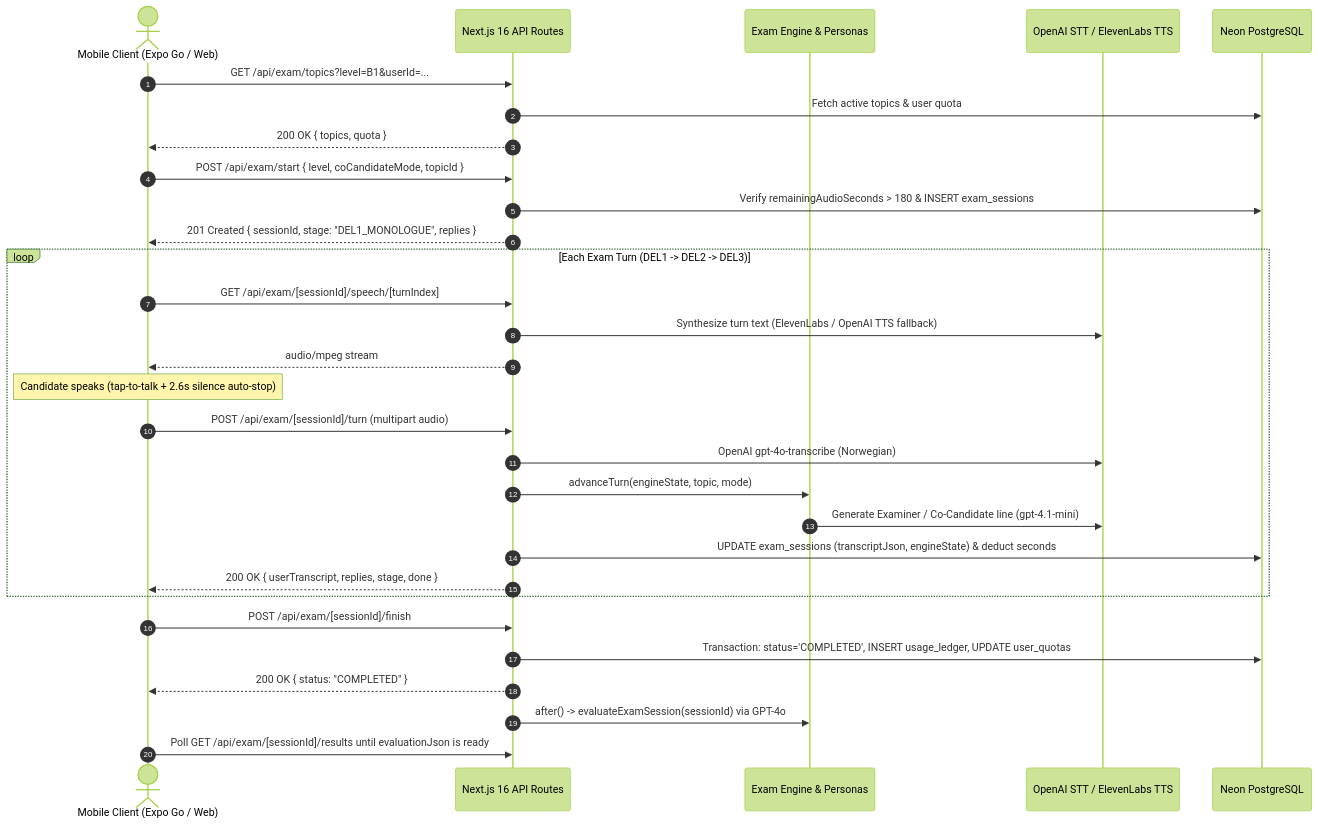
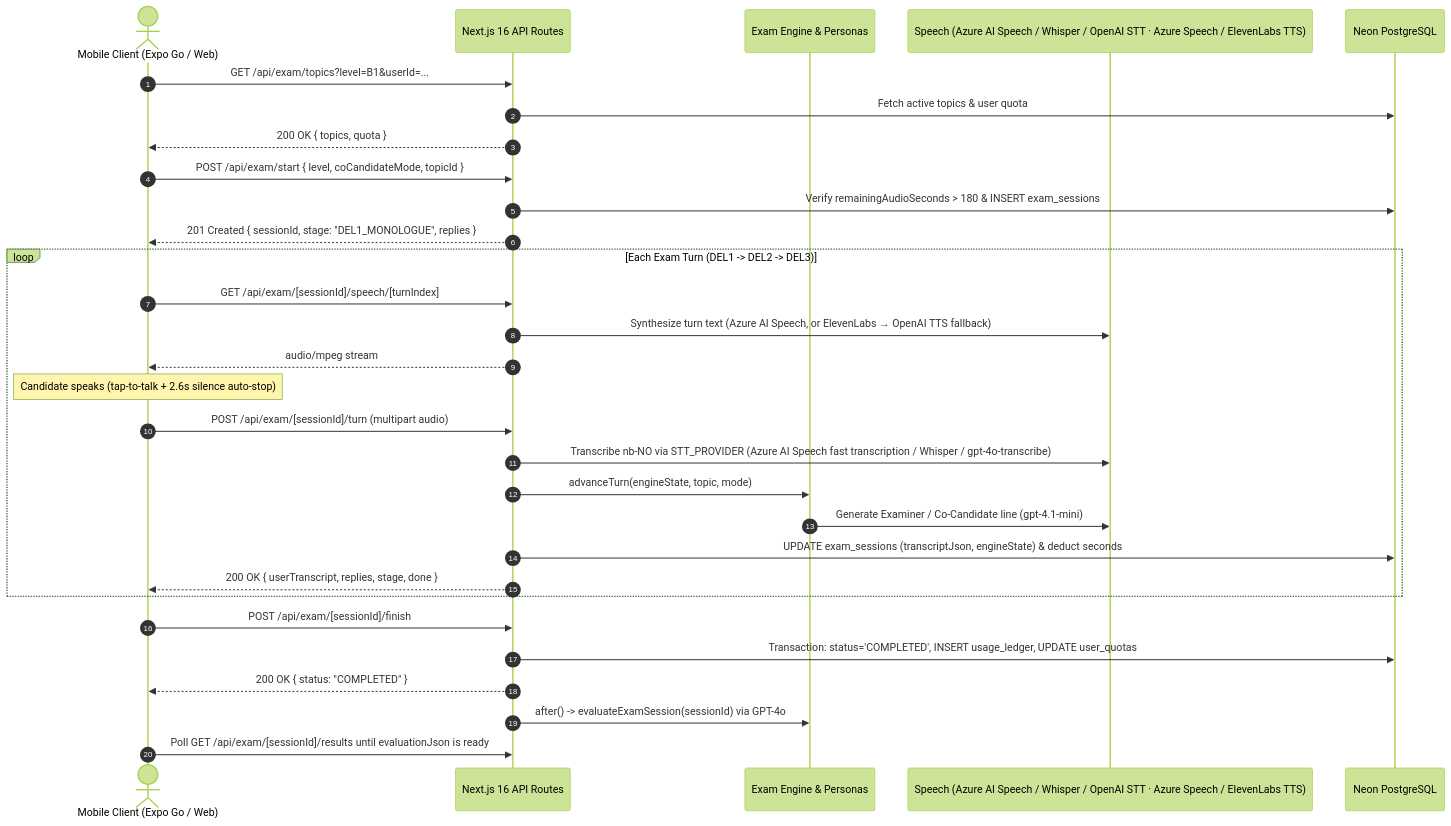
The diagram in docs/ARCHITECTURE.md (mujtabanaqvi/norsk-app), drawn with Mermaid (forest theme) before and after one commit. The commit also changed other lines of this file and 10 other files, not shown here.

````diff
--- a/docs/ARCHITECTURE.md
+++ b/docs/ARCHITECTURE.md
@@ -68,36 +68,36 @@
 ```mermaid
 sequenceDiagram
     autonumber
     actor Candidate as Mobile Client (Expo Go / Web)
     participant API as Next.js 16 API Routes
     participant Engine as Exam Engine & Personas
-    participant Speech as OpenAI STT / ElevenLabs TTS
+    participant Speech as Speech (Azure AI Speech / Whisper / OpenAI STT · Azure Speech / ElevenLabs TTS)
     participant DB as Neon PostgreSQL
 
     Candidate->>API: GET /api/exam/topics?level=B1&userId=...
     API->>DB: Fetch active topics & user quota
     API-->>Candidate: 200 OK { topics, quota }
 
     Candidate->>API: POST /api/exam/start { level, coCandidateMode, topicId }
     API->>DB: Verify remainingAudioSeconds > 180 & INSERT exam_sessions
     API-->>Candidate: 201 Created { sessionId, stage: "DEL1_MONOLOGUE", replies }
 
     loop Each Exam Turn (DEL1 -> DEL2 -> DEL3)
         Candidate->>API: GET /api/exam/[sessionId]/speech/[turnIndex]
-        API->>Speech: Synthesize turn text (ElevenLabs / OpenAI TTS fallback)
+        API->>Speech: Synthesize turn text (Azure AI Speech, or ElevenLabs → OpenAI TTS fallback)
         API-->>Candidate: audio/mpeg stream
         Note over Candidate: Candidate speaks (tap-to-talk + 2.6s silence auto-stop)
         Candidate->>API: POST /api/exam/[sessionId]/turn (multipart audio)
-        API->>Speech: OpenAI gpt-4o-transcribe (Norwegian)
+        API->>Speech: Transcribe nb-NO via STT_PROVIDER (Azure AI Speech fast transcription / Whisper / gpt-4o-transcribe)
         API->>Engine: advanceTurn(engineState, topic, mode)
         Engine->>Speech: Generate Examiner / Co-Candidate line (gpt-4.1-mini)
         API->>DB: UPDATE exam_sessions (transcriptJson, engineState) & deduct seconds
         API-->>Candidate: 200 OK { userTranscript, replies, stage, done }
     end
 
     Candidate->>API: POST /api/exam/[sessionId]/finish
     API->>DB: Transaction: status='COMPLETED', INSERT usage_ledger, UPDATE user_quotas
     API-->>Candidate: 200 OK { status: "COMPLETED" }
     API->>Engine: after() -> evaluateExamSession(sessionId) via GPT-4o
     Candidate->>API: Poll GET /api/exam/[sessionId]/results until evaluationJson is ready
 ```
````
